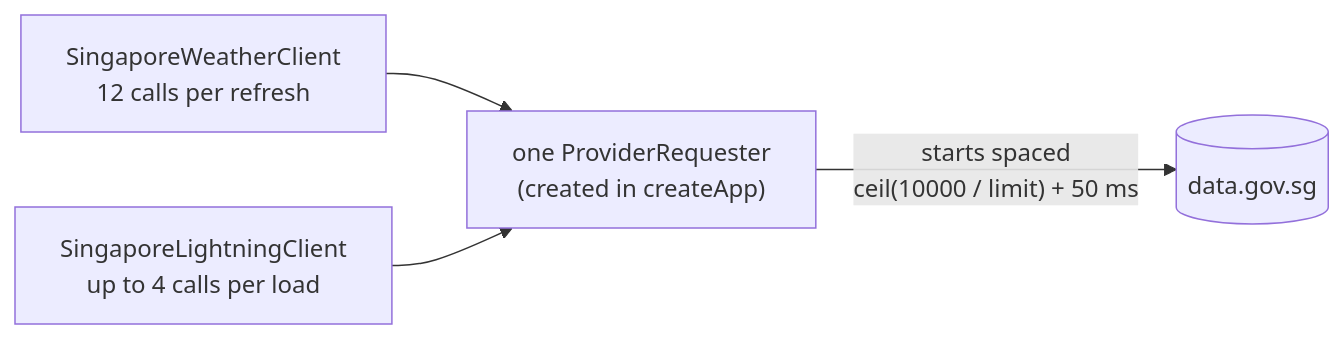
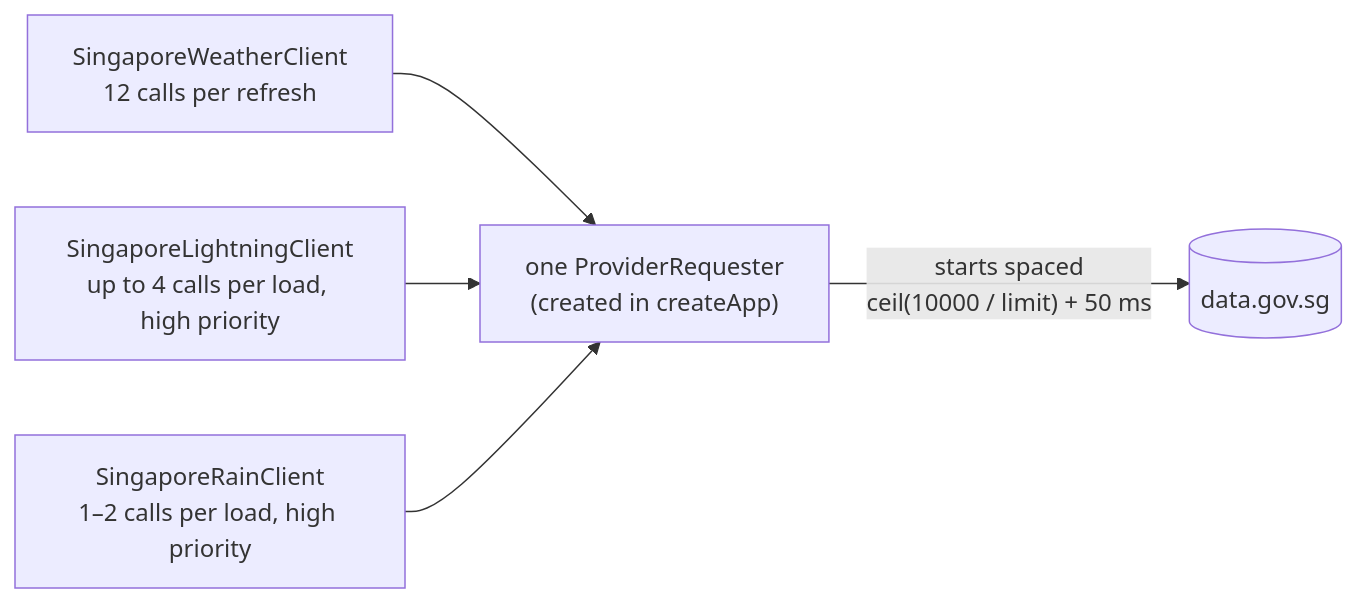
Before and after one commit to chuan77/AIxTech-SG-Weather: the third of 3 diagrams in docs/src/content/docs/backend/weather-provider.md, drawn with Mermaid. The commit also changed other lines of this file and 49 other files, not shown here.

````diff
--- a/docs/src/content/docs/backend/weather-provider.md
+++ b/docs/src/content/docs/backend/weather-provider.md
@@ -90,6 +90,7 @@
 ```mermaid
 flowchart LR
   W["SingaporeWeatherClient<br/>12 calls per refresh"] --> Q["one ProviderRequester<br/>(created in createApp)"]
-  L["SingaporeLightningClient<br/>up to 4 calls per load"] --> Q
+  L["SingaporeLightningClient<br/>up to 4 calls per load, high priority"] --> Q
+  R["SingaporeRainClient<br/>1–2 calls per load, high priority"] --> Q
   Q -->|"starts spaced<br/>ceil(10000 / limit) + 50 ms"| DG[("data.gov.sg")]
 ```
````
